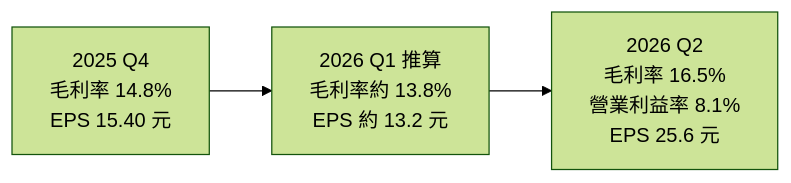
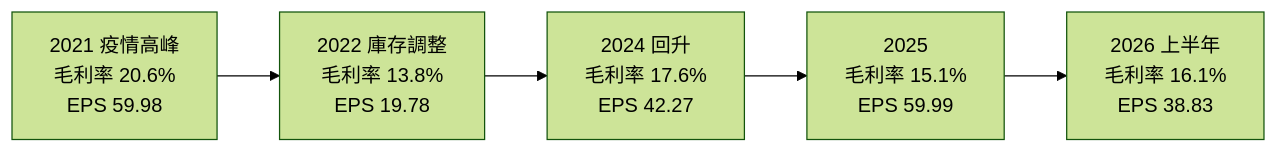
Before and after one commit to wangnick1004/taiwan-stock-vault: the second of 3 diagrams in 個股/台股/2357華碩.md, drawn with Mermaid (forest theme). The commit also changed other lines of this file and 19 other files, not shown here.

````diff
--- a/個股/台股/2357華碩.md
+++ b/個股/台股/2357華碩.md
@@ -132,4 +137,4 @@
 ```mermaid
 flowchart LR
-    Q4["2025 Q4<br/>毛利率 14.8%<br/>EPS 15.40 元"] --> Q1["2026 Q1 推算<br/>毛利率約 13.8%<br/>EPS 約 13.2 元"] --> Q2["2026 Q2<br/>毛利率 16.5%<br/>營業利益率 8.1%<br/>EPS 25.6 元"]
+    Y21["2021 疫情高峰<br/>毛利率 20.6%<br/>EPS 59.98"] --> Y22["2022 庫存調整<br/>毛利率 13.8%<br/>EPS 19.78"] --> Y24["2024 回升<br/>毛利率 17.6%<br/>EPS 42.27"] --> Y25["2025<br/>毛利率 15.1%<br/>EPS 59.99"] --> H26["2026 上半年<br/>毛利率 16.1%<br/>EPS 38.83"]
 ```
````
